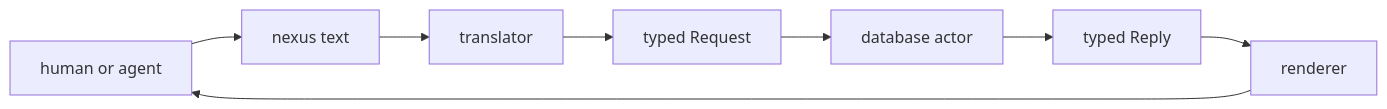
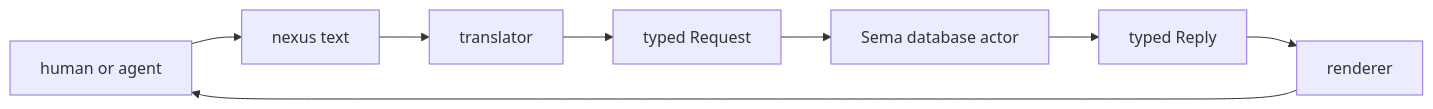
Before and after one commit to LiGoldragon/primary: the first of 13 diagrams in reports/operator/12-universal-message-implementation.md, drawn with Mermaid. The commit also changed other lines of this file, not shown here.

Commit message:
amend universal message report for sema pivot

````diff
--- a/reports/operator/12-universal-message-implementation.md
+++ b/reports/operator/12-universal-message-implementation.md
@@ -16,18 +22,18 @@
 ```mermaid
 flowchart LR
     human["human or agent"]
     text["nexus text"]
     parser["translator"]
     request["typed Request"]
-    database["database actor"]
+    database["Sema database actor"]
     reply["typed Reply"]
     renderer["renderer"]
 
     human --> text
     text --> parser
     parser --> request
     request --> database
     database --> reply
     reply --> renderer
     renderer --> human
 ```
````
